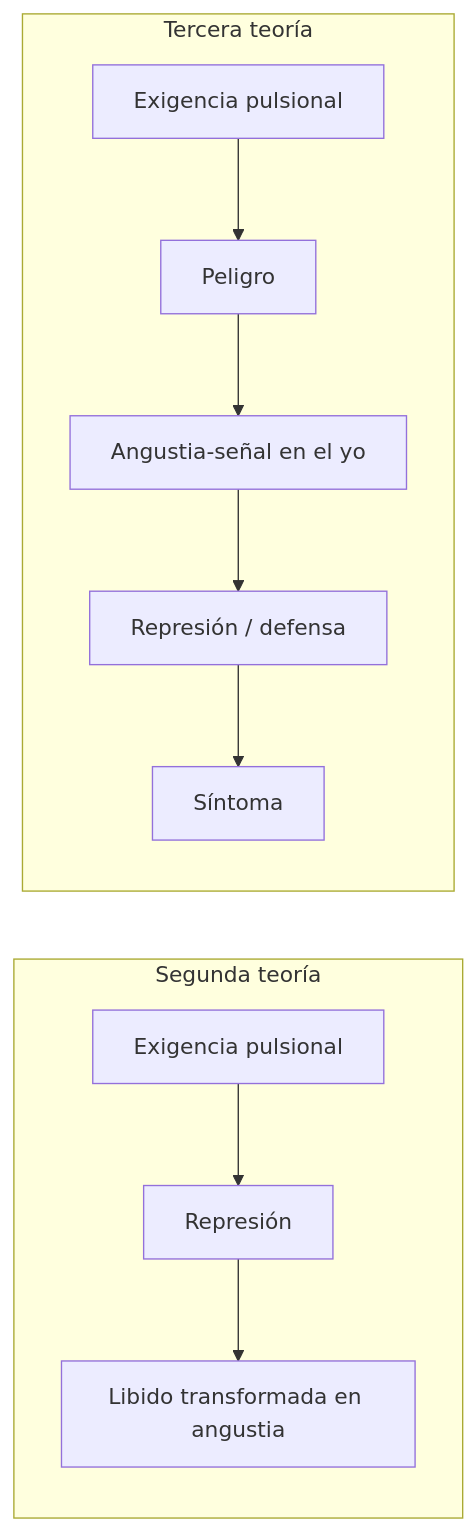
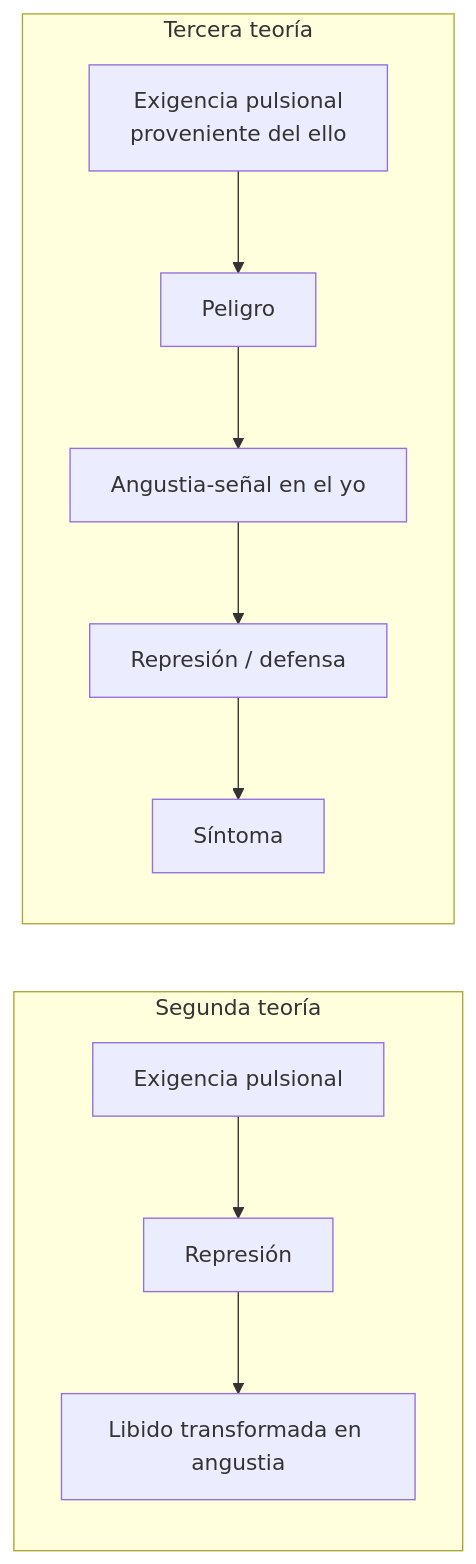
Before and after one commit to javifernandes/psicoanalisis-freud-laznik-tercer-parcial: the first of 5 diagrams in libro/bookops/02-sintesis-integrada/07-tercera-teoria-de-la-angustia.md, drawn with Mermaid. The commit also changed other lines of this file and 1 other file, not shown here.

Commit message:
Locate drive demand in the id

````diff
--- a/libro/bookops/02-sintesis-integrada/07-tercera-teoria-de-la-angustia.md
+++ b/libro/bookops/02-sintesis-integrada/07-tercera-teoria-de-la-angustia.md
@@ -5,13 +5,13 @@
 ```mermaid
 flowchart LR
   subgraph V2["Segunda teoría"]
     A["Exigencia pulsional"] --> B["Represión"]
     B --> C["Libido transformada en angustia"]
   end
   subgraph V3["Tercera teoría"]
-    D["Exigencia pulsional"] --> E["Peligro"]
+    D["Exigencia pulsional<br/>proveniente del ello"] --> E["Peligro"]
     E --> F["Angustia-señal en el yo"]
     F --> G["Represión / defensa"]
     G --> H["Síntoma"]
   end
 ```
````
